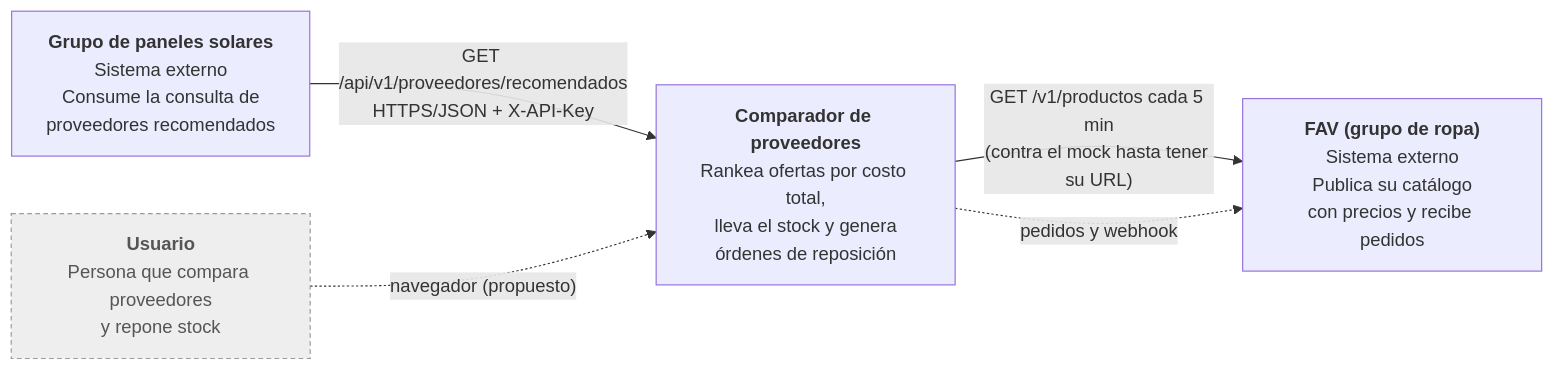
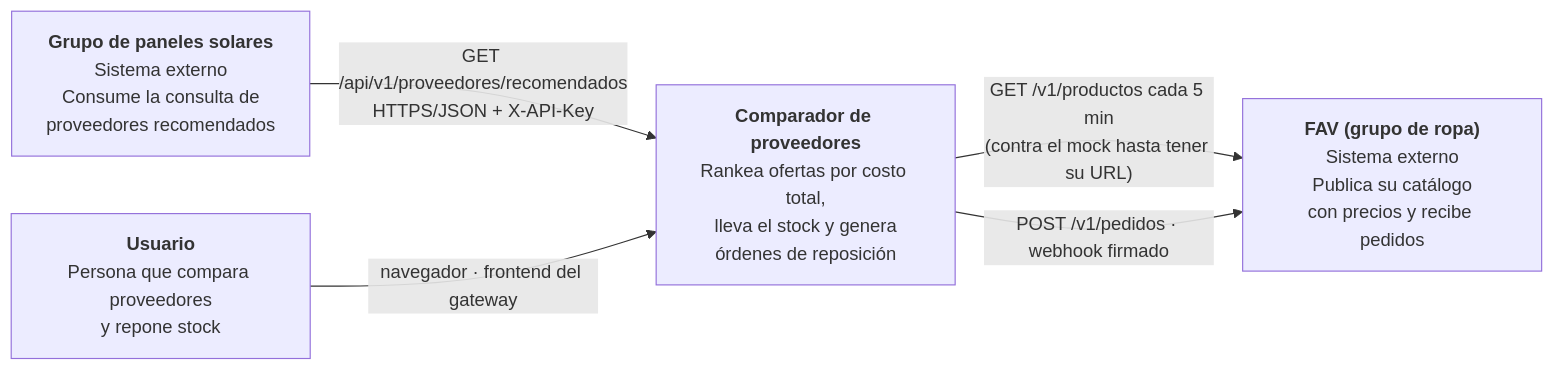
Before and after one commit to matiasdemetriorufeil/arq-soft-proveedores: the first of 3 diagrams in docs/ARCHITECTURE.md, drawn with Mermaid. The commit also changed other lines of this file and 35 other files, not shown here.

````diff
--- a/docs/ARCHITECTURE.md
+++ b/docs/ARCHITECTURE.md
@@ -32,16 +39,14 @@
 ```mermaid
 flowchart LR
     paneles["<b>Grupo de paneles solares</b><br/>Sistema externo<br/>Consume la consulta de<br/>proveedores recomendados"]
     usuario["<b>Usuario</b><br/>Persona que compara proveedores<br/>y repone stock"]
     ropa["<b>FAV (grupo de ropa)</b><br/>Sistema externo<br/>Publica su catálogo<br/>con precios y recibe pedidos"]
 
     sistema["<b>Comparador de proveedores</b><br/>Rankea ofertas por costo total,<br/>lleva el stock y genera<br/>órdenes de reposición"]
 
     paneles -- "GET /api/v1/proveedores/recomendados<br/>HTTPS/JSON + X-API-Key" --> sistema
-    usuario -. "navegador (propuesto)" .-> sistema
+    usuario -- "navegador · frontend del gateway" --> sistema
     sistema -- "GET /v1/productos cada 5 min<br/>(contra el mock hasta tener su URL)" --> ropa
-    sistema -. "pedidos y webhook" .-> ropa
+    sistema -- "POST /v1/pedidos · webhook firmado" --> ropa
 
-    classDef propuesto fill:#eeeeee,stroke:#999999,stroke-dasharray: 4 3,color:#555555
-    class usuario propuesto
 ```
````
